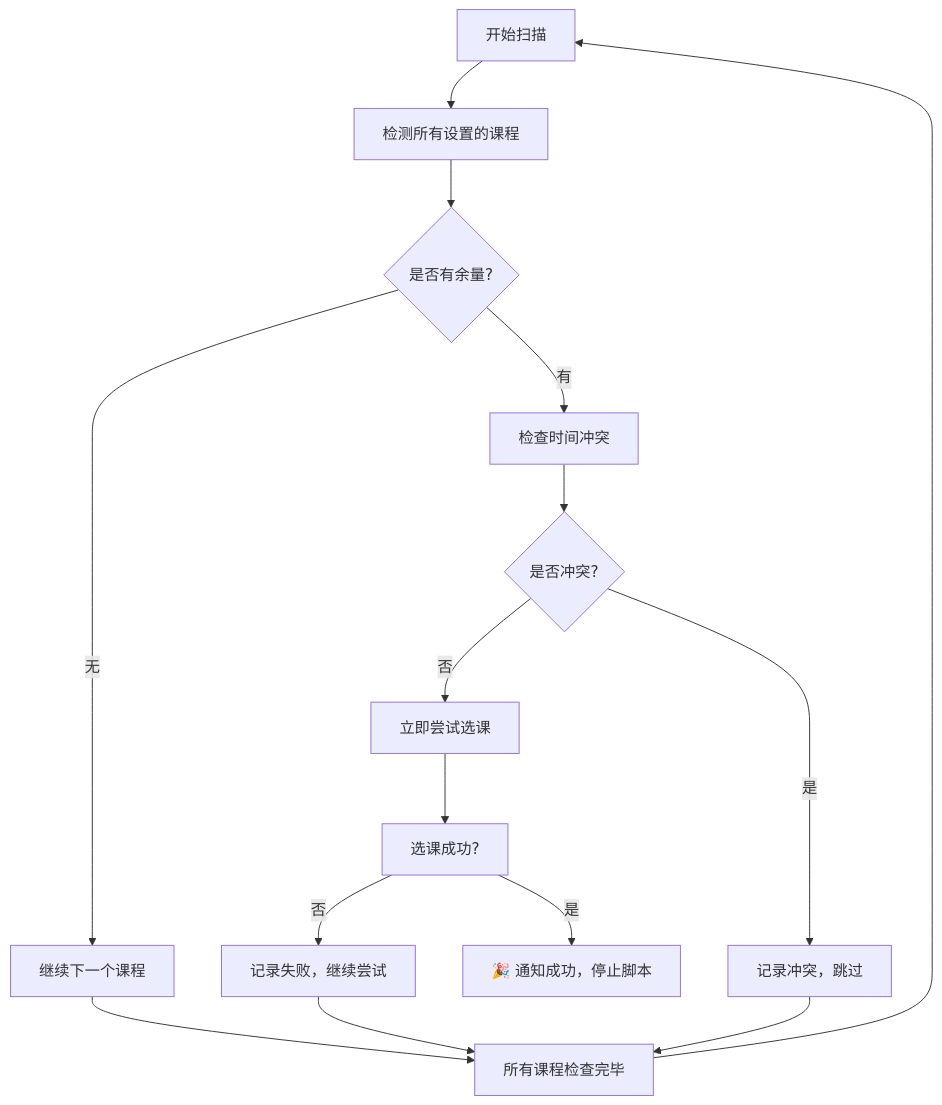
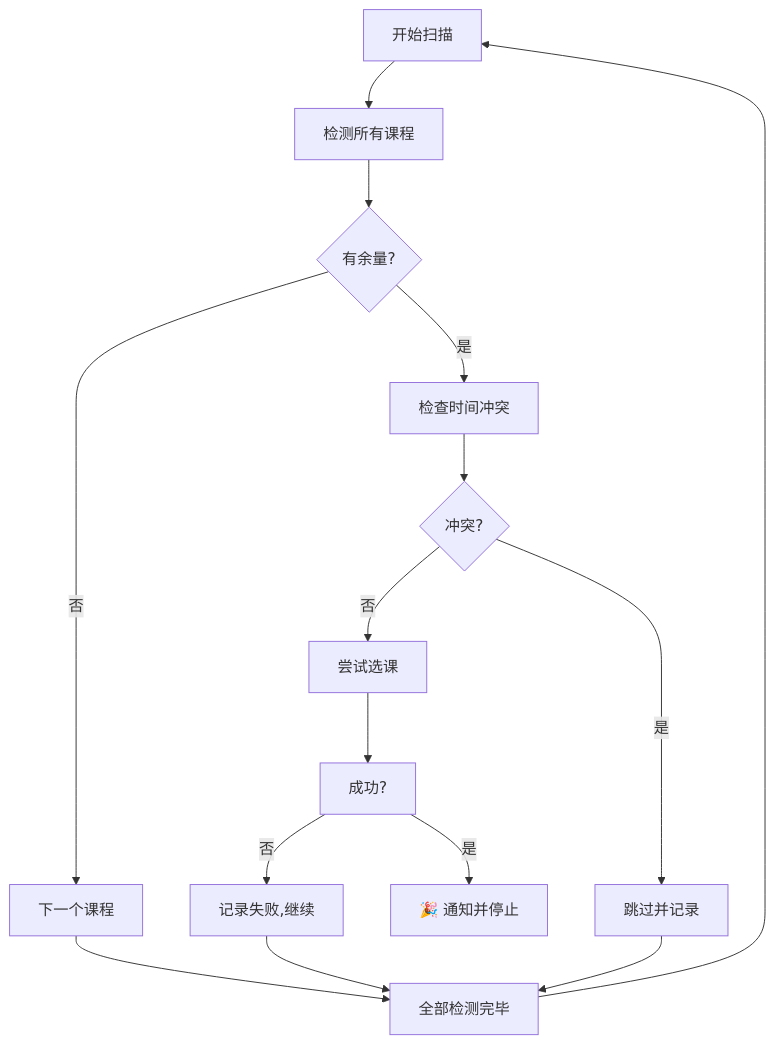
Before and after one commit to zhengge6/UJSCOURSE: the diagram in README.md, drawn with Mermaid. The commit also changed other lines of this file, not shown here.

````diff
--- a/README.md
+++ b/README.md
@@ -325,17 +240,17 @@
 ```mermaid
 graph TD
-    A[开始扫描] --> B[检测所有设置的课程]
-    B --> C{是否有余量?}
-    C -->|有| D[检查时间冲突]
-    C -->|无| E[继续下一个课程]
-    D --> F{是否冲突?}
-    F -->|否| G[立即尝试选课]
-    F -->|是| H[记录冲突，跳过]
-    G --> I[选课成功?]
-    I -->|是| J[🎉 通知成功，停止脚本]
-    I -->|否| K[记录失败，继续尝试]
-    E --> L[所有课程检查完毕]
+    A[开始扫描] --> B[检测所有课程]
+    B --> C{有余量?}
+    C -->|是| D[检查时间冲突]
+    C -->|否| E[下一个课程]
+    D --> F{冲突?}
+    F -->|否| G[尝试选课]
+    F -->|是| H[跳过并记录]
+    G --> I[成功?]
+    I -->|是| J[🎉 通知并停止]
+    I -->|否| K[记录失败,继续]
+    E --> L[全部检测完毕]
     K --> L
     H --> L
     L --> A
 ```
````
